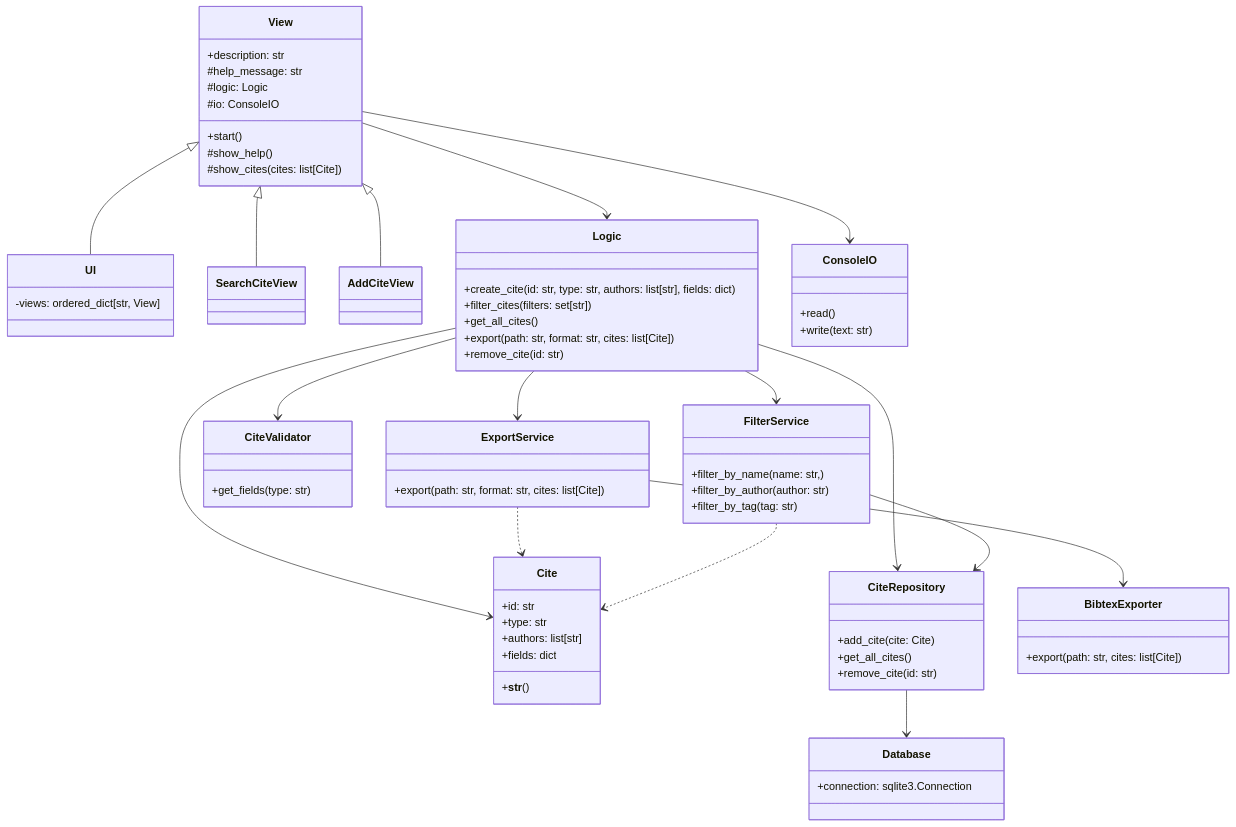
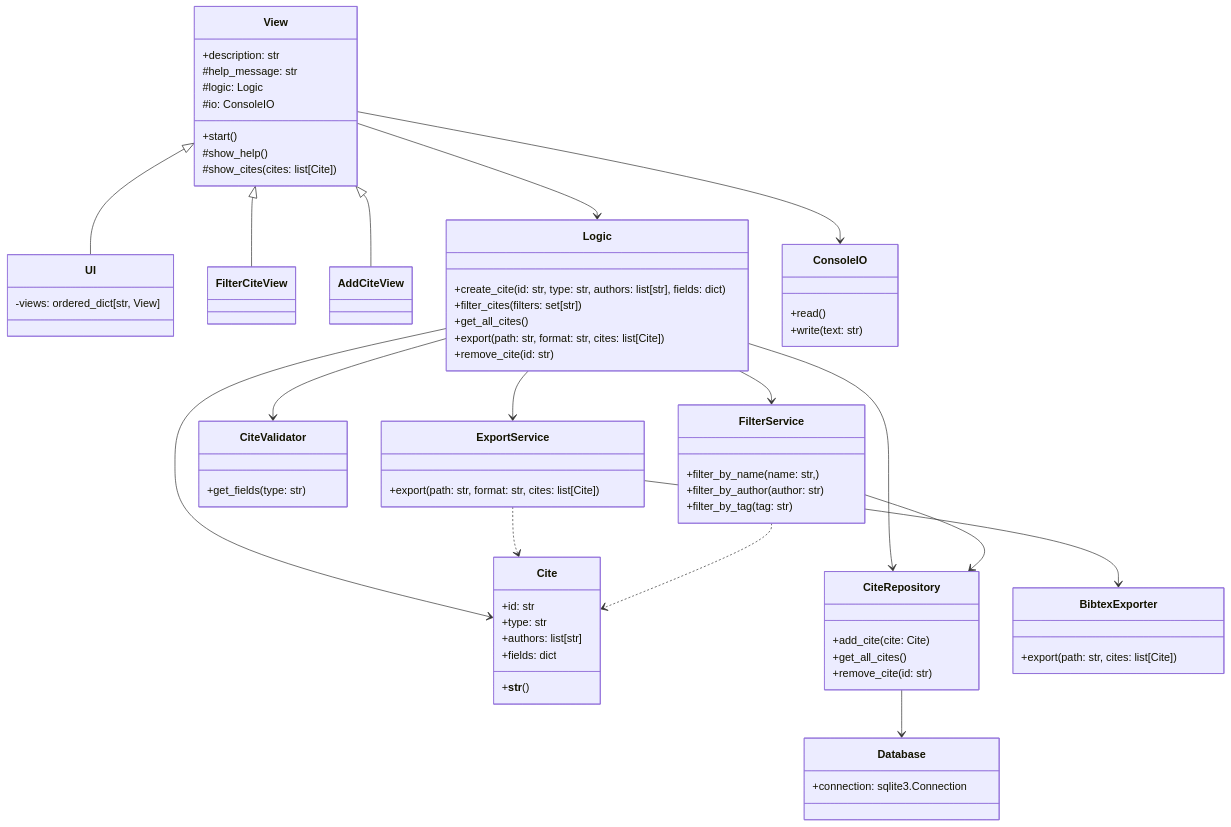
The second of 2 diagrams in docs/arkkitehtuuri.md (TheJiahao/ohtu-miniprojekti), drawn with Mermaid before and after one commit. The commit also changed 2 other files, not shown here.

Commit message:
Rename SearchCiteView to FIlterCiteView

```diff
--- a/docs/arkkitehtuuri.md
+++ b/docs/arkkitehtuuri.md
@@ -24,7 +24,7 @@
 classDiagram
 
 View <|-- UI
-View <|-- SearchCiteView
+View <|-- FilterCiteView
 View <|-- AddCiteView
 View --> Logic
 View --> ConsoleIO
```
